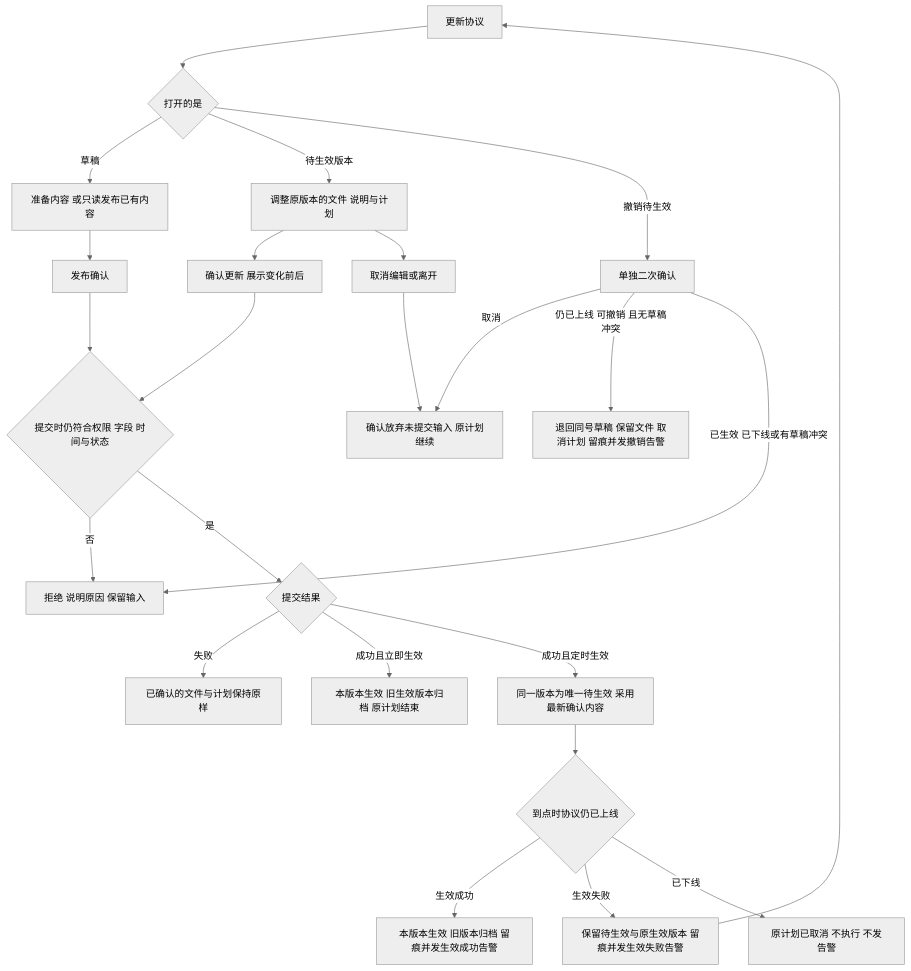
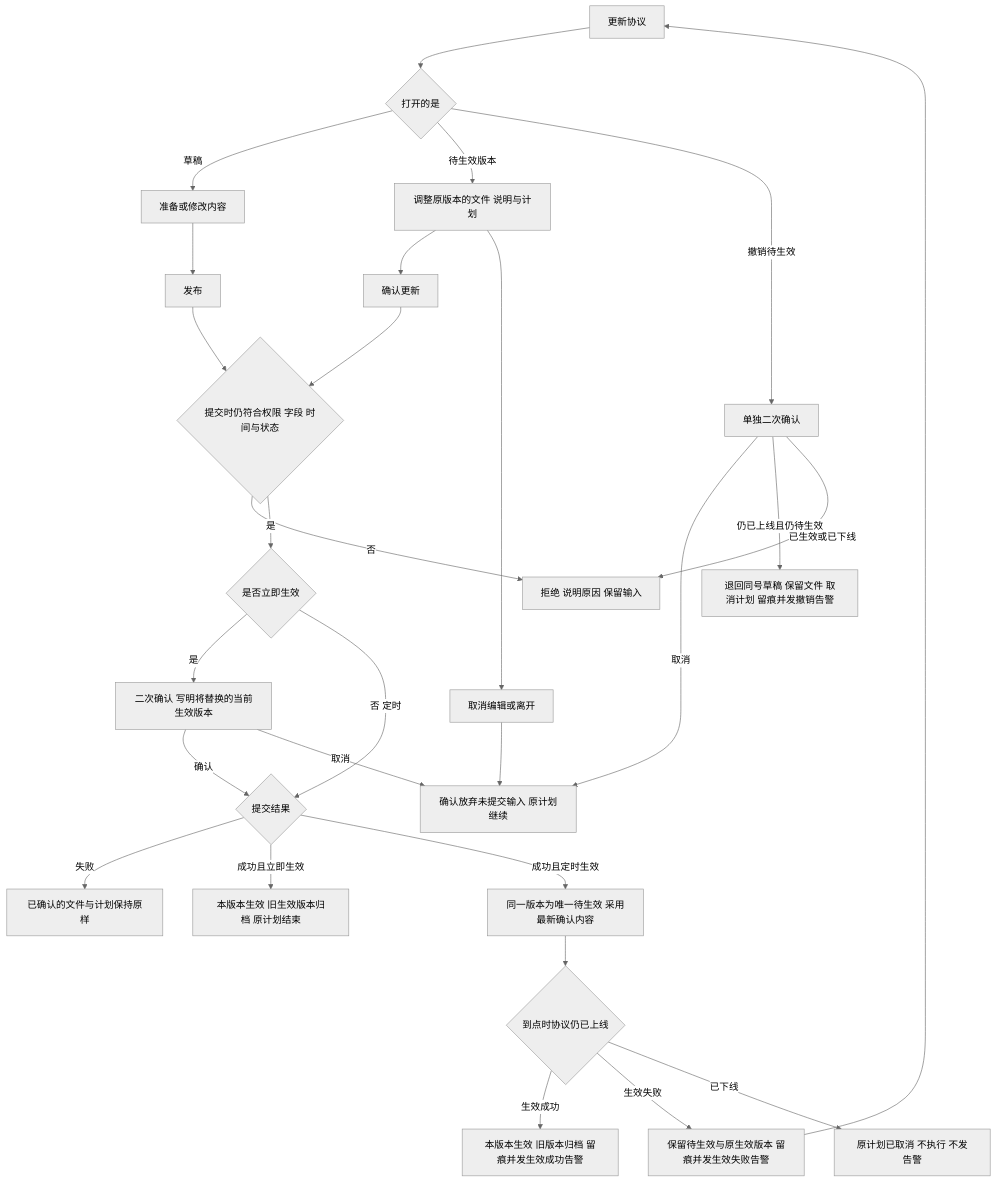
The second of 8 diagrams in lending-platform/PRD/运营端/03-运营端协议管理/02-运营端协议管理-流程图与状态机.md (wxblockchain/Chain-Financing), drawn with Mermaid (neutral theme) before and after one commit. The commit also changed other lines of this file and 4 other files, not shown here.

First line of the commit message:
docs(WS-384): simplify agreement management flows and list items for user ruling

````diff
--- a/lending-platform/PRD/运营端/03-运营端协议管理/02-运营端协议管理-流程图与状态机.md
+++ b/lending-platform/PRD/运营端/03-运营端协议管理/02-运营端协议管理-流程图与状态机.md
@@ -58,26 +57,30 @@
 ```mermaid
 flowchart TD
     A[更新协议] --> B{打开的是}
-    B -->|草稿| C[准备内容 或只读发布已有内容]
+    B -->|草稿| C[准备或修改内容]
     B -->|待生效版本| D[调整原版本的文件 说明与计划]
-    C --> E[发布确认]
-    D --> F[确认更新 展示变化前后]
+    C --> E[发布]
+    D --> F[确认更新]
     D --> G[取消编辑或离开]
     G --> H[确认放弃未提交输入 原计划继续]
     E --> I{提交时仍符合权限 字段 时间与状态}
     F --> I
     I -->|否| J[拒绝 说明原因 保留输入]
-    I -->|是| K{提交结果}
+    I -->|是| X{是否立即生效}
+    X -->|是| Y[二次确认 写明将替换的当前生效版本]
+    X -->|否 定时| K{提交结果}
+    Y -->|确认| K
+    Y -->|取消| H
     K -->|失败| L[已确认的文件与计划保持原样]
     K -->|成功且立即生效| M[本版本生效 旧生效版本归档 原计划结束]
     K -->|成功且定时生效| N[同一版本为唯一待生效 采用最新确认内容]
     N --> O{到点时协议仍已上线}
     O -->|生效成功| P[本版本生效 旧版本归档 留痕并发生效成功告警]
     O -->|生效失败| Q[保留待生效与原生效版本 留痕并发生效失败告警]
     O -->|已下线| R[原计划已取消 不执行 不发告警]
     Q --> A
     B -->|撤销待生效| S[单独二次确认]
     S -->|取消| H
-    S -->|仍已上线 可撤销 且无草稿冲突| T[退回同号草稿 保留文件 取消计划 留痕并发撤销告警]
-    S -->|已生效 已下线或有草稿冲突| J
+    S -->|仍已上线且仍待生效| T[退回同号草稿 保留文件 取消计划 留痕并发撤销告警]
+    S -->|已生效或已下线| J
 ```
````
